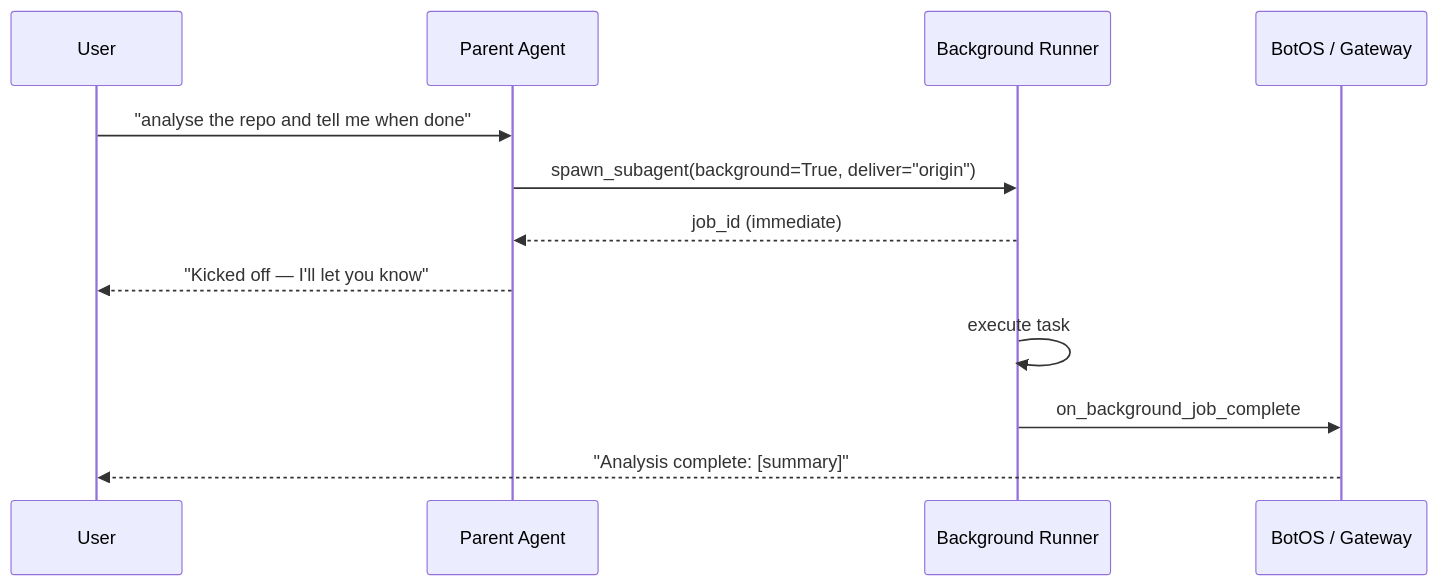
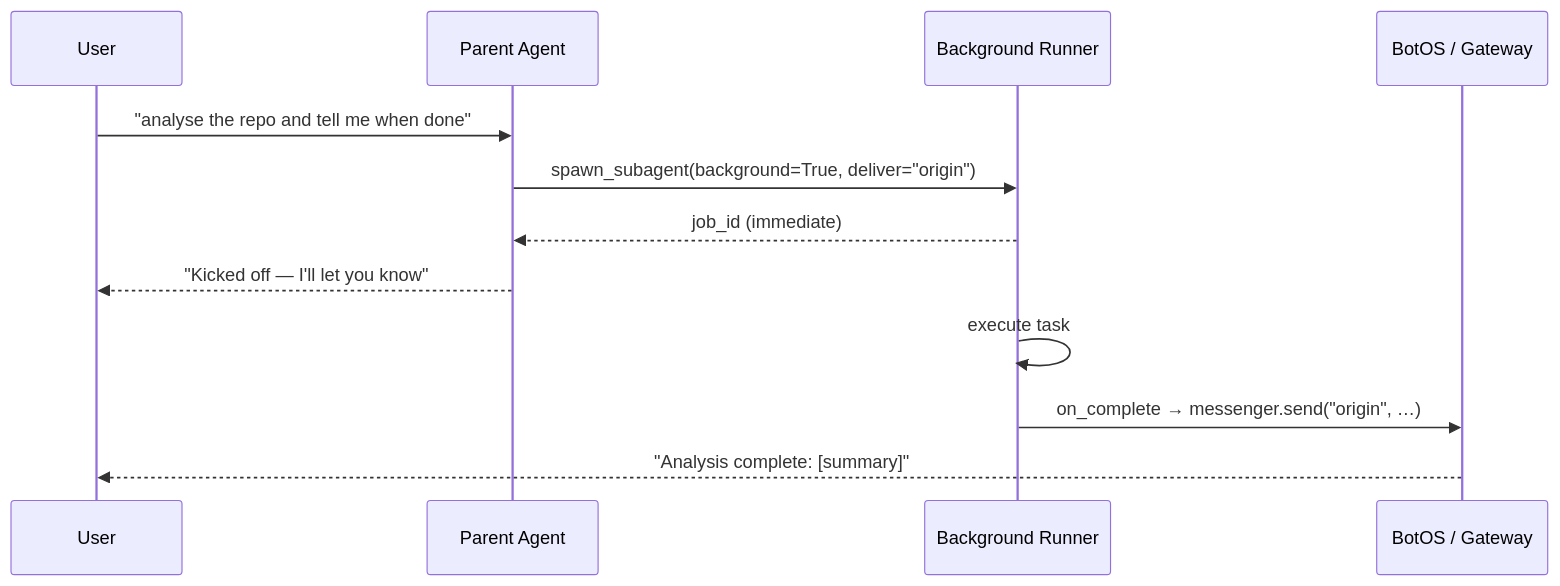
The second of 5 diagrams in docs/features/subagent-tool.mdx (MervinPraison/PraisonAIDocs), drawn with Mermaid before and after one commit. The commit also changed other lines of this file and 5 other files, not shown here.

Commit message:
fix: document background-subagent chat delivery and /tasks job listing from PraisonAI #6065 (fixes #4786)

````diff
--- a/docs/features/subagent-tool.mdx
+++ b/docs/features/subagent-tool.mdx
@@ -208,15 +212,15 @@
 ```mermaid
 sequenceDiagram
     participant User
     participant Parent as Parent Agent
     participant BG as Background Runner
     participant GW as BotOS / Gateway
 
     User->>Parent: "analyse the repo and tell me when done"
     Parent->>BG: spawn_subagent(background=True, deliver="origin")
     BG-->>Parent: job_id (immediate)
     Parent-->>User: "Kicked off — I'll let you know"
     BG->>BG: execute task
-    BG->>GW: on_background_job_complete
+    BG->>GW: on_complete → messenger.send("origin", …)
     GW-->>User: "Analysis complete: [summary]"
 ```
````
